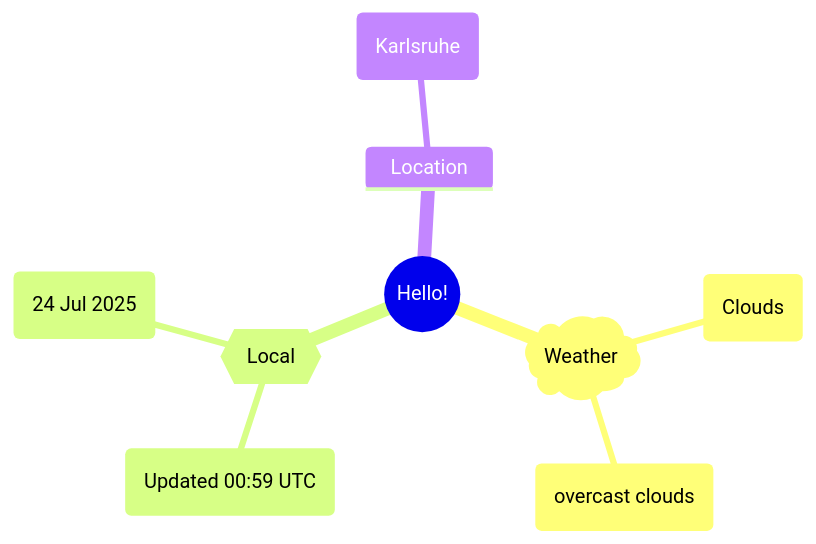
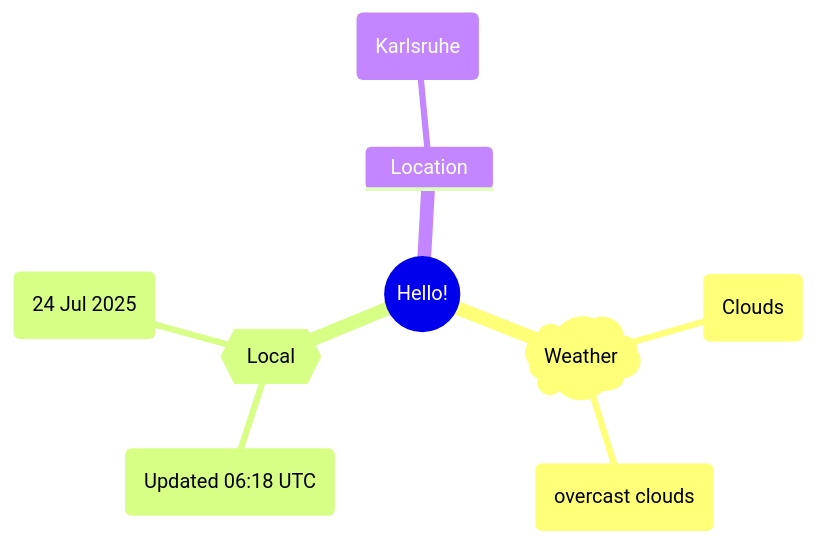
One commit to Xosrov/Xosrov changed the first of 2 diagrams in README.md. Above: the diagram before and after it, drawn with Mermaid.

Commit message:
[bot] updated images

````diff
--- a/README.md
+++ b/README.md
@@ -3,12 +3,12 @@
 ```mermaid
 mindmap
   root((Hello!))
     )Weather(
         (Clouds)
         (overcast clouds)
     {{Local}}
-        (Updated 00:59 UTC)
+        (Updated 06:18 UTC)
         (24 Jul 2025)
     Location
         (Karlsruhe)
 ```
````
